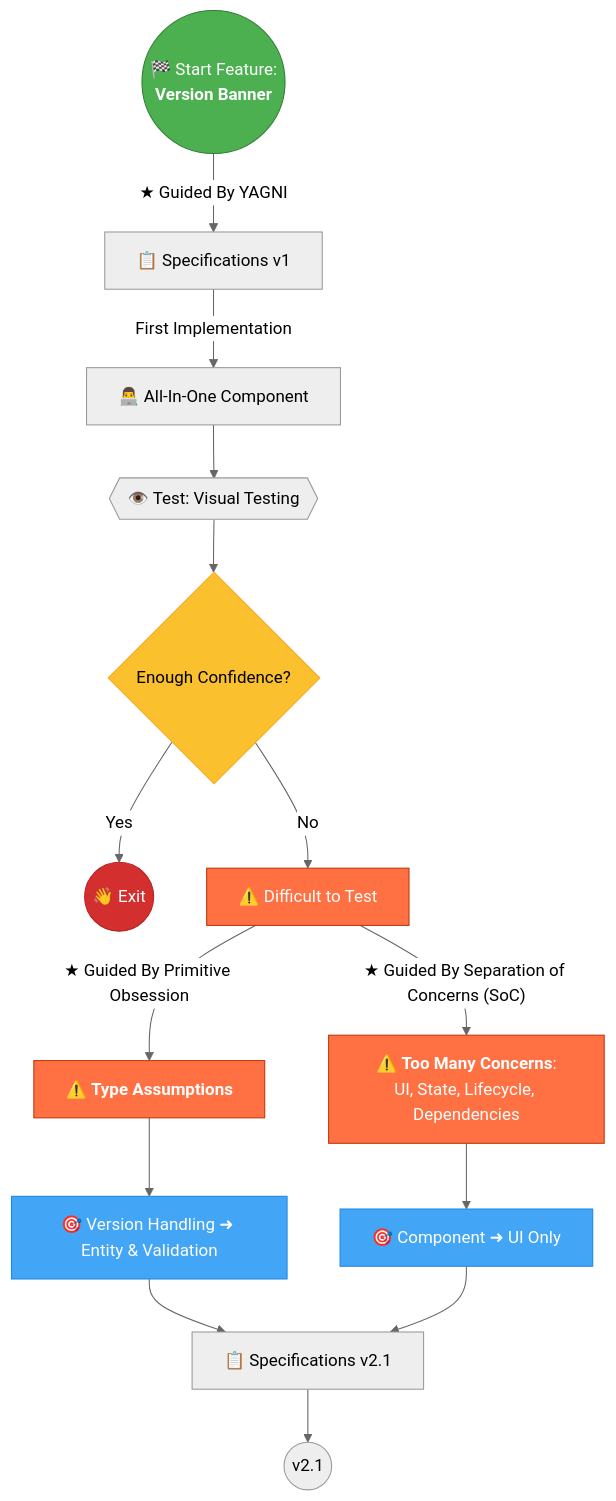
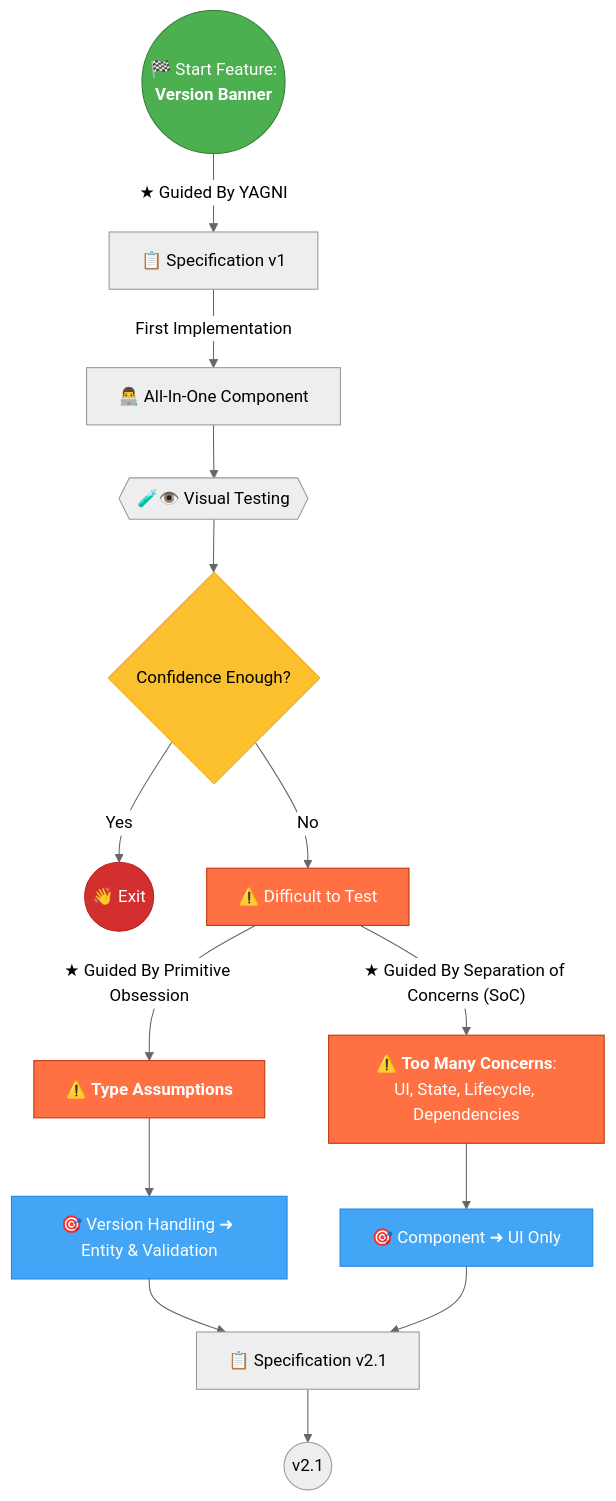
Before and after one commit to jeromeabel/nuxt-clean-architecture: the diagram in docs/Testing a Simple Nuxt Feature - 2 - All-in-One Component (v1).md, drawn with Mermaid (neutral theme). The commit also changed 3 other files, not shown here.

````diff
--- a/docs/Testing a Simple Nuxt Feature - 2 - All-in-One Component (v1).md
+++ b/docs/Testing a Simple Nuxt Feature - 2 - All-in-One Component (v1).md
@@ -58,57 +58,57 @@
 ```mermaid
 graph TB;
 
     %% Start %%
     A((🏁 Start Feature:<br> <b>Version Banner</b>))
 
-    %% Specs v1 Checklist %%
-    B[📋 Specifications v1]
+    %% Spec v1 Checklist %%
+    B[📋 Specification v1]
 
     %% Development Process %%
     C[👨‍💻 All-In-One Component]
-    D{{👁️ Test: Visual Testing}}
-    E{Enough Confidence?}
+    D{{🧪👁️ Visual Testing}}
+    E{Confidence Enough?}
     F((👋 Exit))
 
     %% Issues %%
     G[⚠️ Difficult to Test]
     G1[⚠️ <b>Type Assumptions</b>]
     G2[⚠️ <b>Too Many Concerns</b>:<br>UI, State, Lifecycle, Dependencies]
 
-    %% Specs v2 Checklist %%
+    %% Spec v2 Checklist %%
     H1["🎯 Version Handling ➜ Entity & Validation"]
     H2["🎯 Component ➜ UI Only"]
-    I[📋 Specifications v2.1]
+    I[📋 Specification v2.1]
 
     J((v2.1))
 
     %% Connections %%
     A --> |"★ Guided By YAGNI"| B
     B --> |First Implementation| C
     C --> D
     D --> E
     E --> |Yes| F
     E --> |No| G
 
     G -->|"★ Guided By Primitive Obsession"| G1
     G -->|"★ Guided By Separation of Concerns (SoC)"| G2
     G1 --> H1
     G2 --> H2
     H1 --> I
     H2 --> I
     I --> J
 
     %% Define Styles %%
     classDef start fill:#4CAF50,stroke:#2E7D32,color:#FFFFFF;
     classDef exit fill:#D32F2F,stroke:#B71C1C,color:#FFFFFF;
     classDef decision fill:#FBC02D,stroke:#F9A825,color:#000000;
     classDef issue fill:#FF7043,stroke:#BF360C,color:#FFFFFF;
     classDef action fill:#42A5F5,stroke:#1E88E5,color:#FFFFFF;
     classDef checklist fill:#E1F5FE,stroke:#0277BD,color:#000000;
 
     class A start;
     class F exit;
     class E decision;
     class G,G1,G2 issue;
     class H1,H2 action;
 ```
````
